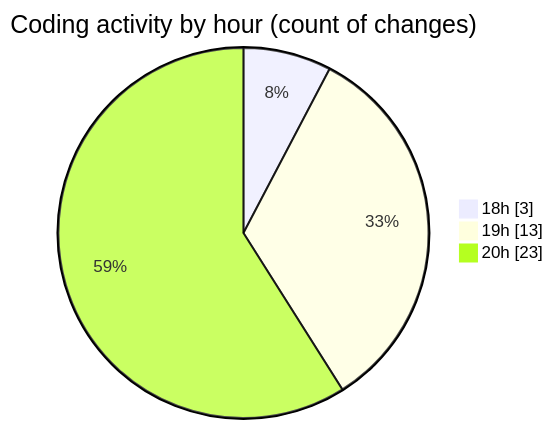
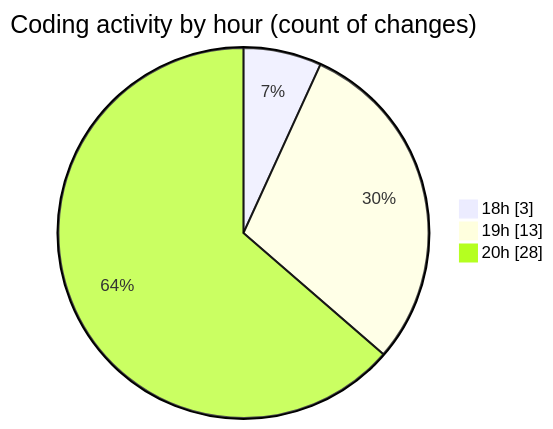
Before and after one commit to MatusMokan/code-tracking: the second of 2 diagrams in 2025-03-20/myws__workspace_/README.md, drawn with Mermaid. The commit also changed other lines of this file and 1 other file, not shown here.

````diff
--- a/2025-03-20/myws__workspace_/README.md
+++ b/2025-03-20/myws__workspace_/README.md
@@ -30,7 +30,7 @@
 ```mermaid
 pie showData
 title Coding activity by hour (count of changes)
 "18h" : 3
 "19h" : 13
-"20h" : 23
+"20h" : 28
 ```
````
